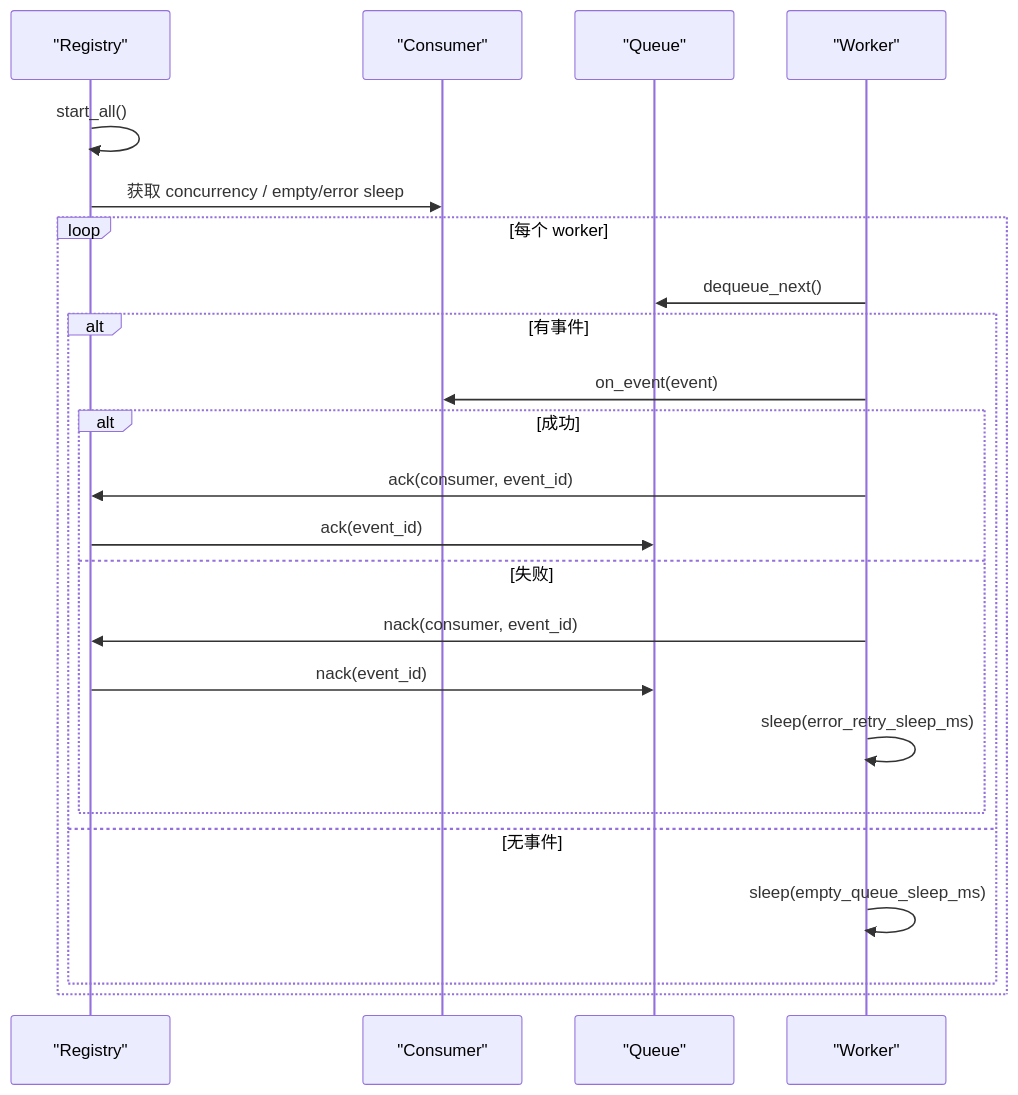
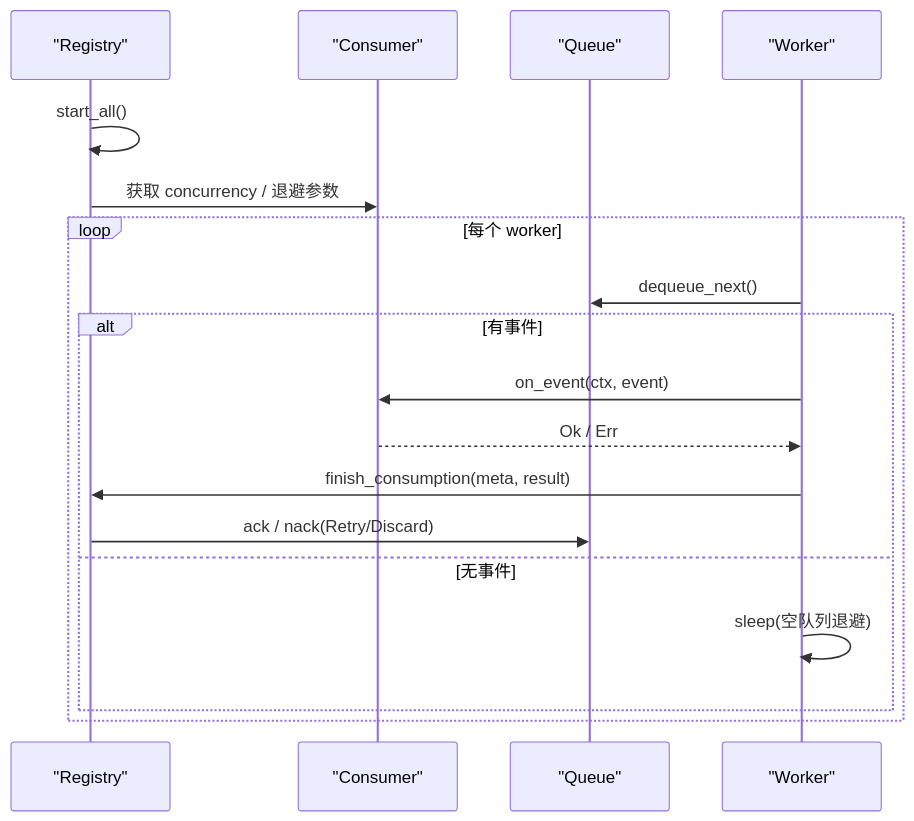
One commit to runningcoders/ai_orz changed the seventh of 8 diagrams in docs/wiki/zh/content/核心模块/AOP 事件系统/事件队列系统/事件队列系统.md. Above: the diagram before and after it, drawn with Mermaid. The commit also changed other lines of this file and 37 other files, not shown here.

````diff
--- a/docs/wiki/zh/content/核心模块/AOP 事件系统/事件队列系统/事件队列系统.md
+++ b/docs/wiki/zh/content/核心模块/AOP 事件系统/事件队列系统/事件队列系统.md
@@ -235,25 +253,20 @@
 ```mermaid
 sequenceDiagram
 participant R as "Registry"
 participant C as "Consumer"
 participant Q as "Queue"
 participant W as "Worker"
 R->>R : start_all()
-R->>C : 获取 concurrency / empty/error sleep
+R->>C : 获取 concurrency / 退避参数
 loop 每个 worker
 W->>Q : dequeue_next()
 alt 有事件
-W->>C : on_event(event)
-alt 成功
-W->>R : ack(consumer, event_id)
-R->>Q : ack(event_id)
-else 失败
-W->>R : nack(consumer, event_id)
-R->>Q : nack(event_id)
-W->>W : sleep(error_retry_sleep_ms)
-end
+W->>C : on_event(ctx, event)
+C-->>W : Ok / Err
+W->>R : finish_consumption(meta, result)
+R->>Q : ack / nack(Retry/Discard)
 else 无事件
-W->>W : sleep(empty_queue_sleep_ms)
+W->>W : sleep(空队列退避)
 end
 end
 ```
````
